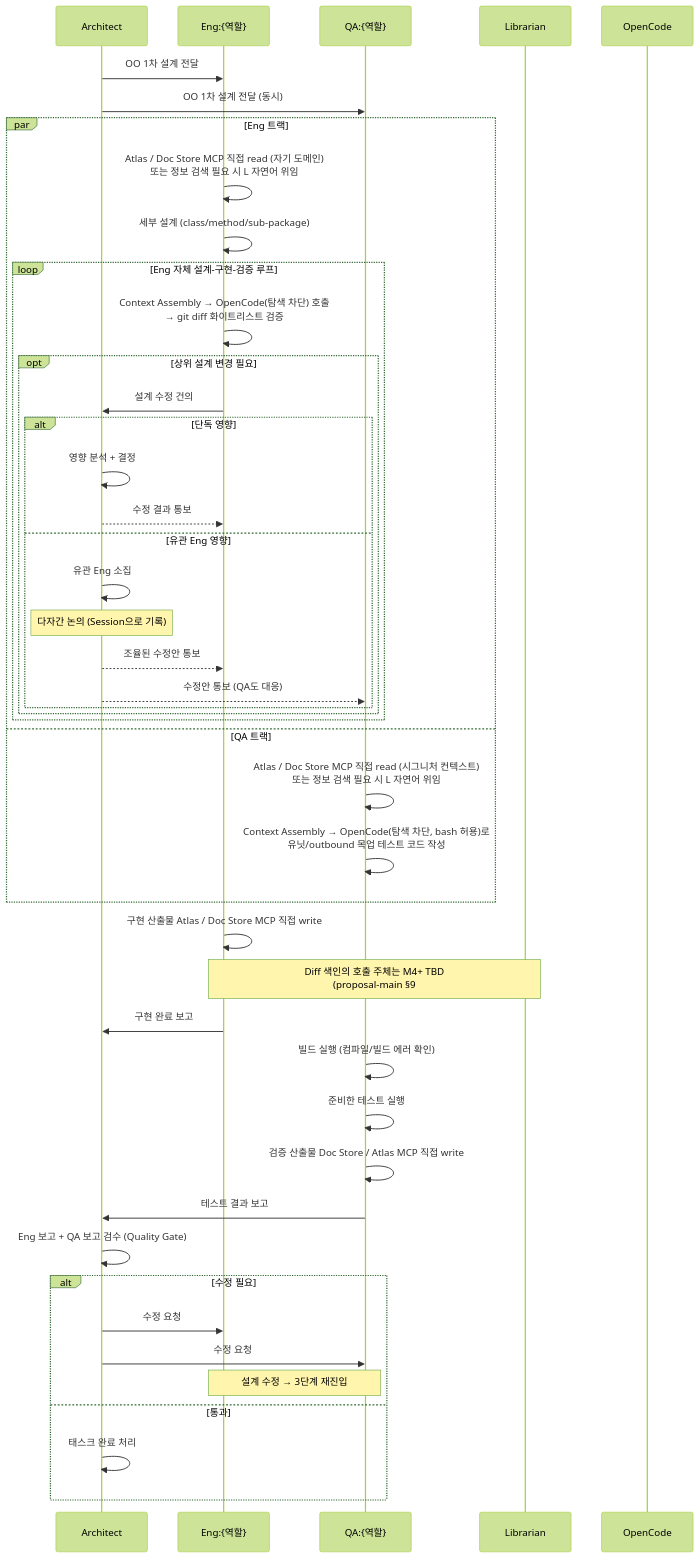
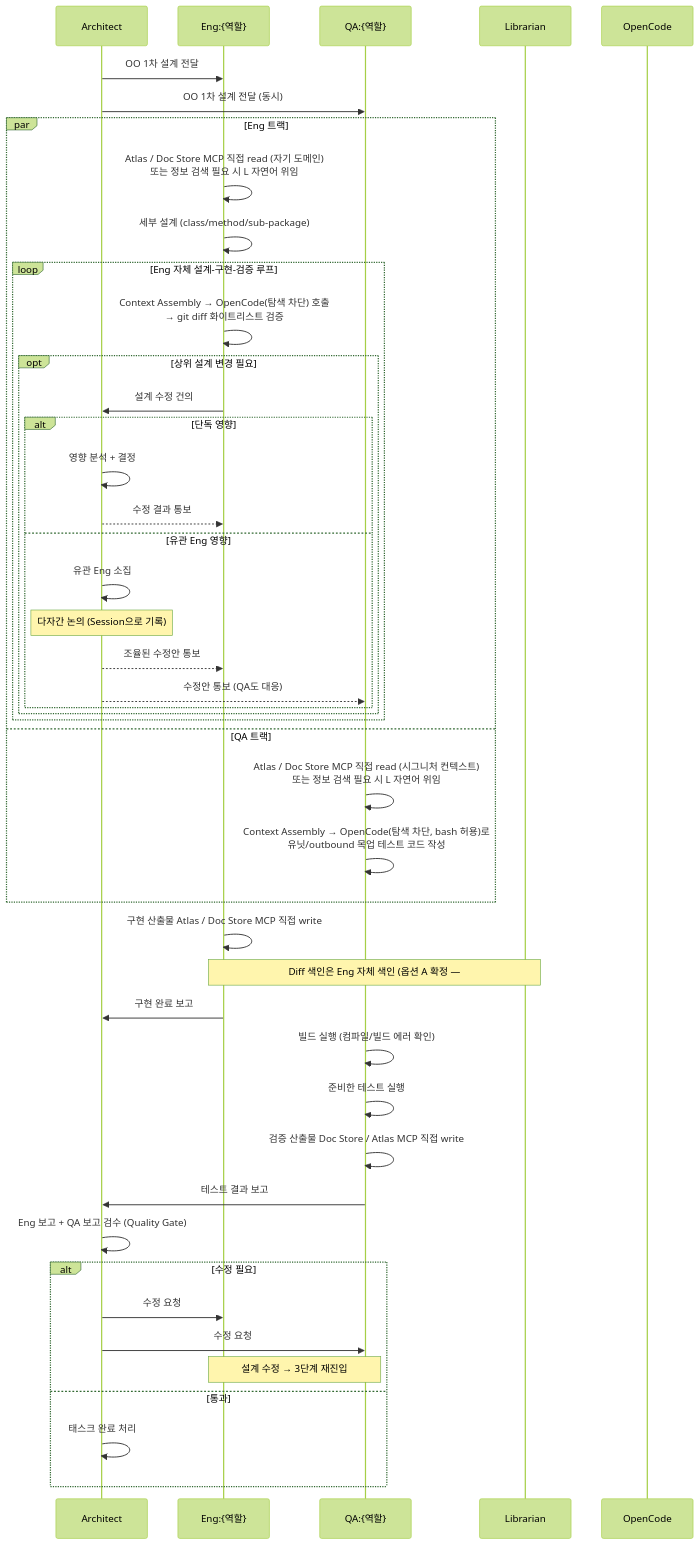
Before and after one commit to vonkernel/dev-team: the second of 2 diagrams in docs/proposal/workflow.md, drawn with Mermaid (forest theme). The commit also changed other lines of this file and 2 other files, not shown here.

First line of the commit message:
docs(proposal): §8 #15 — Diff 색인 Eng 자체 색인 (옵션 A) 확정 (#66)

````diff
--- a/docs/proposal/workflow.md
+++ b/docs/proposal/workflow.md
@@ -69,53 +69,53 @@
 ```mermaid
 sequenceDiagram
     participant A as Architect
     participant Eng as Eng:{역할}
     participant QA as QA:{역할}
     participant L as Librarian
     participant OC as OpenCode
 
     A->>Eng: OO 1차 설계 전달
     A->>QA: OO 1차 설계 전달 (동시)
 
     par Eng 트랙
         Eng->>Eng: Atlas / Doc Store MCP 직접 read (자기 도메인)<br/>또는 정보 검색 필요 시 L 자연어 위임
         Eng->>Eng: 세부 설계 (class/method/sub-package)
         loop Eng 자체 설계-구현-검증 루프
             Eng->>Eng: Context Assembly → OpenCode(탐색 차단) 호출<br/>→ git diff 화이트리스트 검증
 
             opt 상위 설계 변경 필요
                 Eng->>A: 설계 수정 건의
                 alt 단독 영향
                     A->>A: 영향 분석 + 결정
                     A-->>Eng: 수정 결과 통보
                 else 유관 Eng 영향
                     A->>A: 유관 Eng 소집
                     Note over A: 다자간 논의 (Session으로 기록)
                     A-->>Eng: 조율된 수정안 통보
                     A-->>QA: 수정안 통보 (QA도 대응)
                 end
             end
         end
     and QA 트랙
         QA->>QA: Atlas / Doc Store MCP 직접 read (시그니처 컨텍스트)<br/>또는 정보 검색 필요 시 L 자연어 위임
         QA->>QA: Context Assembly → OpenCode(탐색 차단, bash 허용)로<br/>유닛/outbound 목업 테스트 코드 작성
     end
 
     Eng->>Eng: 구현 산출물 Atlas / Doc Store MCP 직접 write
-    Note over Eng,L: Diff 색인의 호출 주체는 M4+ TBD<br/>(proposal-main §9 #15)
+    Note over Eng,L: Diff 색인은 Eng 자체 색인 (옵션 A 확정 — #63)<br/>diff 분석 → Atlas / Doc Store MCP 직접 write
     Eng->>A: 구현 완료 보고
 
     QA->>QA: 빌드 실행 (컴파일/빌드 에러 확인)
     QA->>QA: 준비한 테스트 실행
     QA->>QA: 검증 산출물 Doc Store / Atlas MCP 직접 write
     QA->>A: 테스트 결과 보고
 
     A->>A: Eng 보고 + QA 보고 검수 (Quality Gate)
     alt 수정 필요
         A->>Eng: 수정 요청
         A->>QA: 수정 요청
         Note over Eng,QA: 설계 수정 → 3단계 재진입
     else 통과
         A->>A: 태스크 완료 처리
     end
 ```
````
